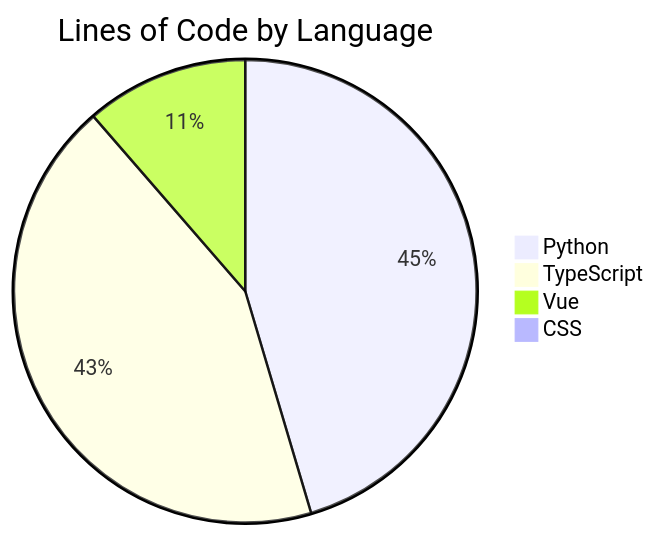
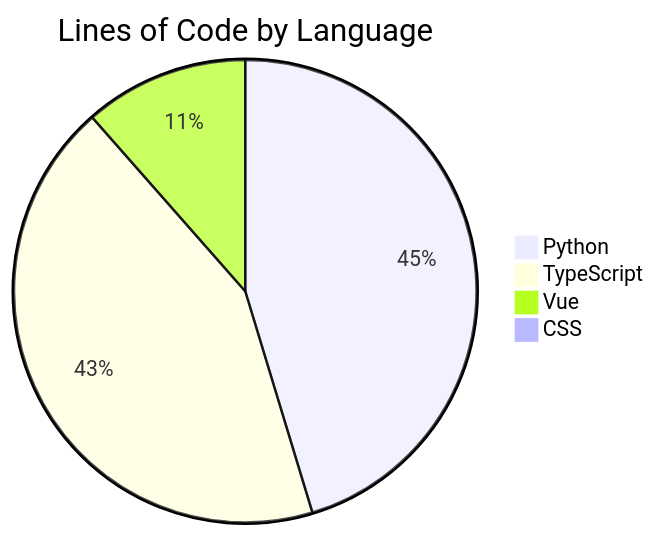
The diagram in README.md (ISW-stack/AI3L-Community), drawn with Mermaid before and after one commit. The commit also changed other lines of this file and 1 other file, not shown here.

````diff
--- a/README.md
+++ b/README.md
@@ -247,7 +247,7 @@
 ```mermaid
 pie title Lines of Code by Language
     "Python" : 75469
-    "TypeScript" : 71834
-    "Vue" : 18913
+    "TypeScript" : 71953
+    "Vue" : 19136
     "CSS" : 109
 ```
````
